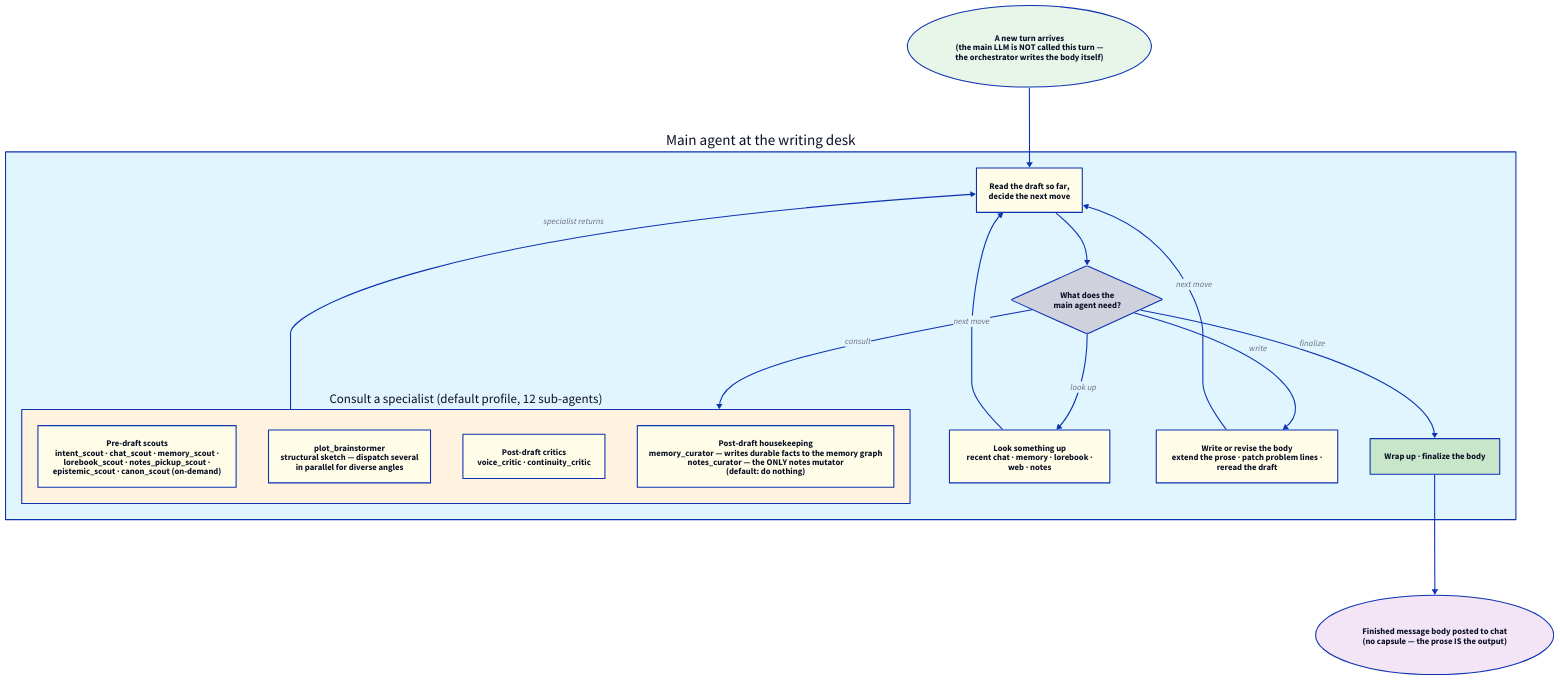
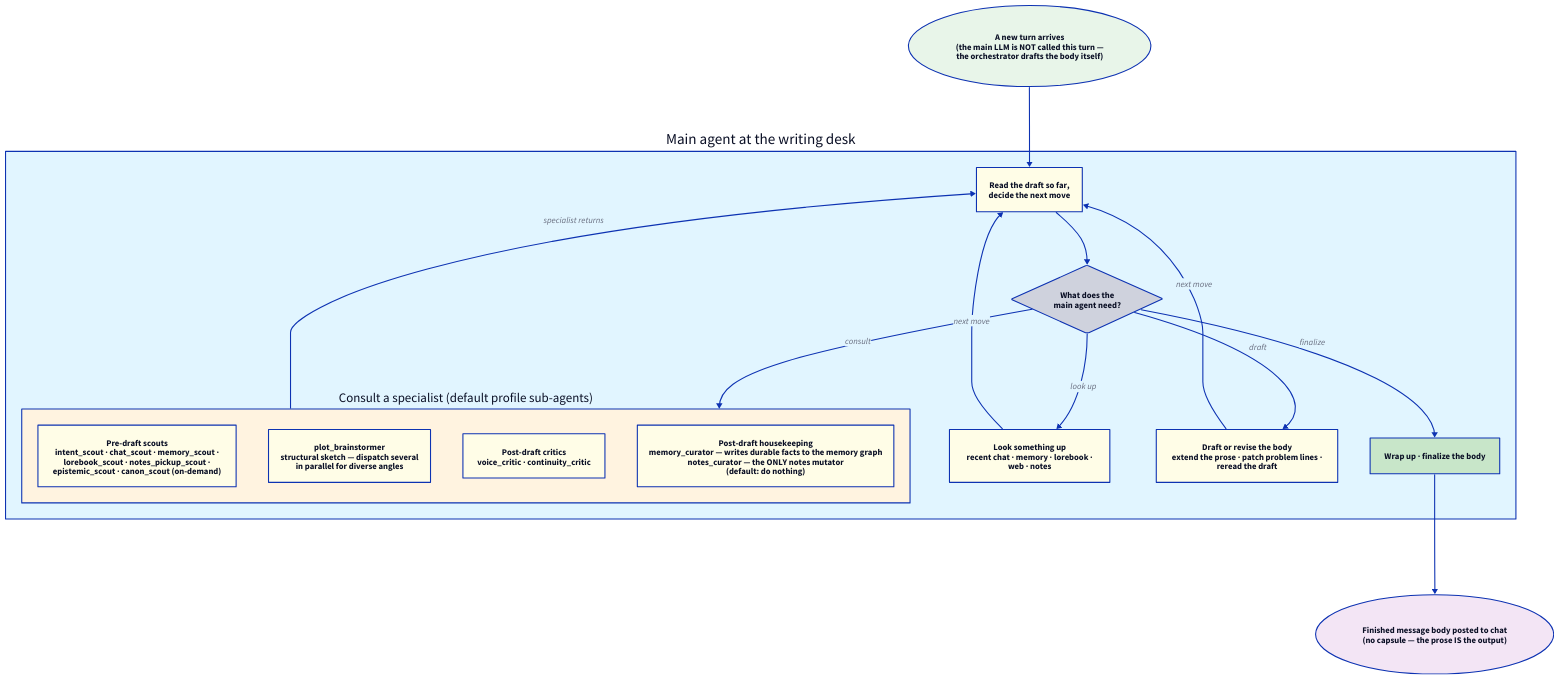
One commit to LaceLetho/Luker changed the diagram in docs/features/orchestrator/director.md. Above: the diagram before and after it, drawn with D2. The commit also changed other lines of this file and 257 other files, not shown here.

````diff
--- a/docs/features/orchestrator/director.md
+++ b/docs/features/orchestrator/director.md
@@ -86,65 +86,65 @@
 ```d2
 direction: down
 
-start: "A new turn arrives\n(the main LLM is NOT called this turn —\nthe orchestrator writes the body itself)" {
+start: "A new turn arrives\n(the main LLM is NOT called this turn —\nthe orchestrator drafts the body itself)" {
   shape: oval
   style.fill: "#e8f5e9"
 }
 
 loop: "Main agent at the writing desk" {
   style.fill: "#e1f5ff"
 
   think: "Read the draft so far,\ndecide the next move" {
     style.fill: "#fffde7"
   }
 
   decide: "What does the\nmain agent need?" {
     shape: diamond
   }
 
-  consult: "Consult a specialist (default profile, 12 sub-agents)" {
+  consult: "Consult a specialist (default profile sub-agents)" {
     style.fill: "#fff3e0"
     pre: "Pre-draft scouts\nintent_scout · chat_scout · memory_scout ·\nlorebook_scout · notes_pickup_scout ·\nepistemic_scout · canon_scout (on-demand)" {
       style.fill: "#fffde7"
     }
     mid: "plot_brainstormer\nstructural sketch — dispatch several\nin parallel for diverse angles" {
       style.fill: "#fffde7"
     }
     post: "Post-draft critics\nvoice_critic · continuity_critic" {
       style.fill: "#fffde7"
     }
     housekeeping: "Post-draft housekeeping\nmemory_curator — writes durable facts to the memory graph\nnotes_curator — the ONLY notes mutator\n(default: do nothing)" {
       style.fill: "#fffde7"
     }
   }
 
   research: "Look something up\nrecent chat · memory · lorebook ·\nweb · notes" {
     style.fill: "#fffde7"
   }
 
-  write: "Write or revise the body\nextend the prose · patch problem lines ·\nreread the draft" {
+  write: "Draft or revise the body\nextend the prose · patch problem lines ·\nreread the draft" {
     style.fill: "#fffde7"
   }
 
   finalize: "Wrap up · finalize the body" {
     style.fill: "#c8e6c9"
   }
 
   think -> decide
   decide -> consult: "consult"
   decide -> research: "look up"
-  decide -> write: "write"
+  decide -> write: "draft"
   decide -> finalize: "finalize"
   consult -> think: "specialist returns"
   research -> think: "next move"
   write -> think: "next move"
 }
 
 out: "Finished message body posted to chat\n(no capsule — the prose IS the output)" {
   shape: oval
   style.fill: "#f3e5f5"
 }
 
 start -> loop.think
 loop.finalize -> out
 ```
````
